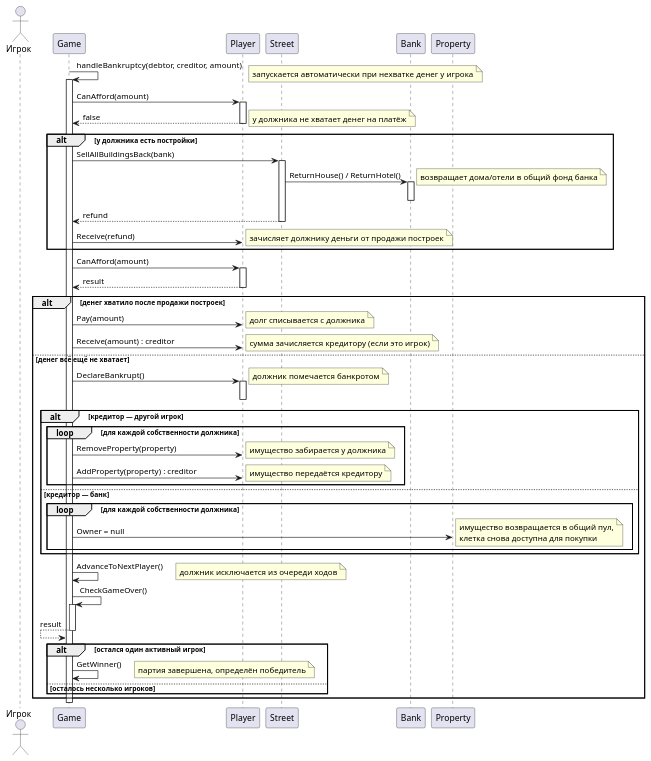
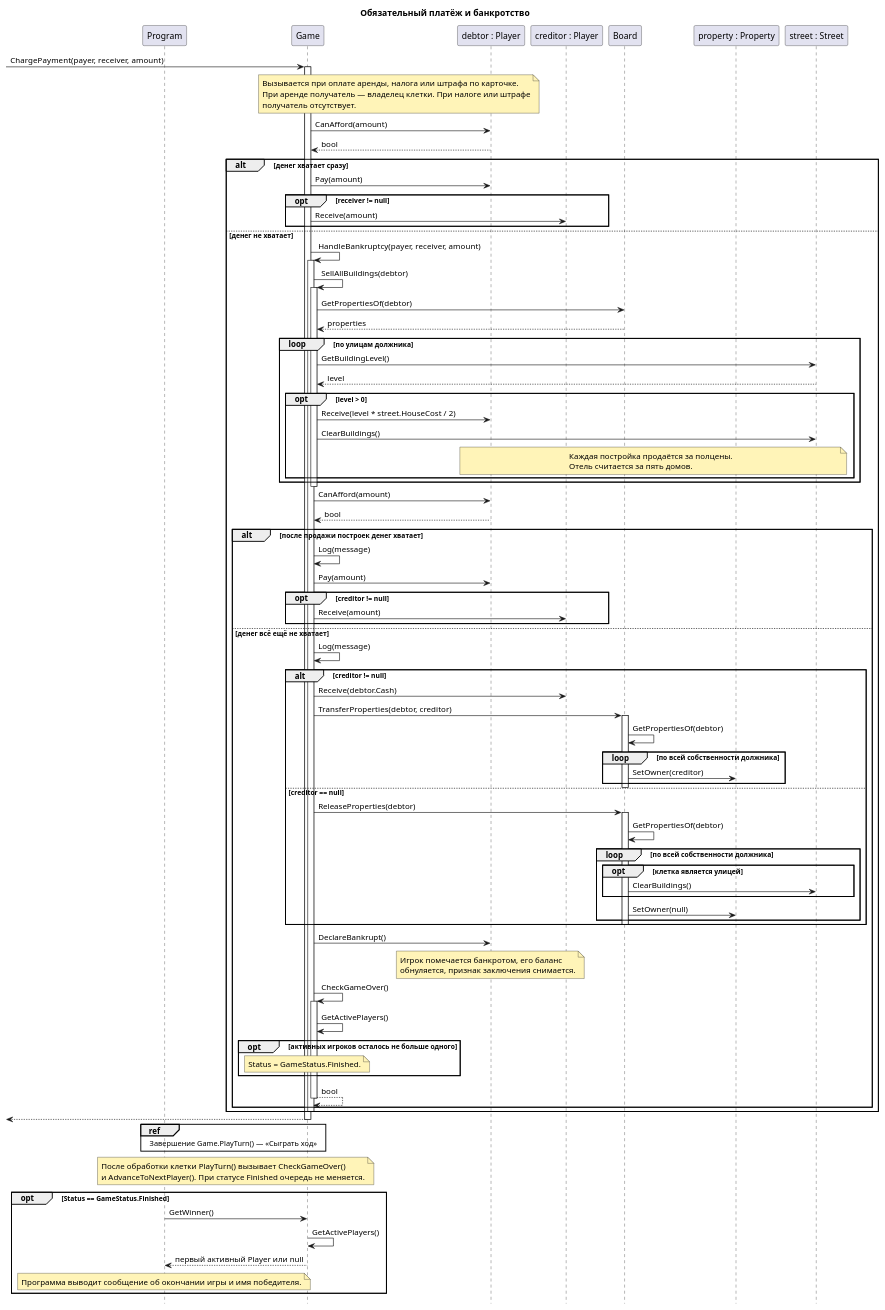
Before and after one commit to penamarth/bsbo-11-24_team4_var14_monopoly: the diagram in прецеденты/Игрок становится банкротом (конец игры)/Диаграмма последовательности Игрок становится банкротом.puml, drawn with PlantUML. The commit also changed 22 other files, not shown here.

Commit message:
переделали агрегаты, puml диаграммы последовательности и подкоректировали описание прецедентов и программы

```diff
--- a/прецеденты/Игрок становится банкротом (конец игры)/Диаграмма последовательности Игрок становится банкротом.puml
+++ b/прецеденты/Игрок становится банкротом (конец игры)/Диаграмма последовательности Игрок становится банкротом.puml
@@ -1,77 +1,114 @@
 @startuml
+title Обязательный платёж и банкротство
+hide footbox
+skinparam noteBackgroundColor #FFF4B8
 
-actor Игрок as debtorTrigger
+participant Program
+participant Game
+participant "debtor : Player" as Debtor
+participant "creditor : Player" as Creditor
+participant Board
+participant "property : Property" as Property
+participant "street : Street" as Street
 
-Game -> Game : handleBankruptcy(debtor, creditor, amount)
-note right: запускается автоматически при нехватке денег у игрока
+[-> Game : ChargePayment(payer, receiver, amount)
 activate Game
+note over Game, Debtor
+  Вызывается при оплате аренды, налога или штрафа по карточке.
+  При аренде получатель — владелец клетки. При налоге или штрафе
+  получатель отсутствует.
+end note
 
-Game -> Player : CanAfford(amount)
-activate Player
-Game <-- Player : false
-note right: у должника не хватает денег на платёж
-deactivate Player
+Game -> Debtor : CanAfford(amount)
+Debtor --> Game : bool
 
-alt у должника есть постройки
-    Game -> Street : SellAllBuildingsBack(bank)
-    activate Street
-    Street -> Bank : ReturnHouse() / ReturnHotel()
-    note right: возвращает дома/отели в общий фонд банка
-    activate Bank
-    deactivate Bank
-    Game <-- Street : refund
-    deactivate Street
-    Game -> Player : Receive(refund)
-    note right: зачисляет должнику деньги от продажи построек
+alt денег хватает сразу
+    Game -> Debtor : Pay(amount)
+    opt receiver != null
+        Game -> Creditor : Receive(amount)
+    end
+else денег не хватает
+    Game -> Game : HandleBankruptcy(payer, receiver, amount)
+    activate Game
+    Game -> Game : SellAllBuildings(debtor)
+    activate Game
+    Game -> Board : GetPropertiesOf(debtor)
+    Board --> Game : properties
+    loop по улицам должника
+        Game -> Street : GetBuildingLevel()
+        Street --> Game : level
+        opt level > 0
+            Game -> Debtor : Receive(level * street.HouseCost / 2)
+            Game -> Street : ClearBuildings()
+            note over Debtor, Street
+              Каждая постройка продаётся за полцены.
+              Отель считается за пять домов.
+            end note
+        end
+    end
+    deactivate Game
+
+    Game -> Debtor : CanAfford(amount)
+    Debtor --> Game : bool
+    alt после продажи построек денег хватает
+        Game -> Game : Log(message)
+        Game -> Debtor : Pay(amount)
+        opt creditor != null
+            Game -> Creditor : Receive(amount)
+        end
+    else денег всё ещё не хватает
+        Game -> Game : Log(message)
+        alt creditor != null
+            Game -> Creditor : Receive(debtor.Cash)
+            Game -> Board : TransferProperties(debtor, creditor)
+            activate Board
+            Board -> Board : GetPropertiesOf(debtor)
+            loop по всей собственности должника
+                Board -> Property : SetOwner(creditor)
+            end
+            deactivate Board
+        else creditor == null
+            Game -> Board : ReleaseProperties(debtor)
+            activate Board
+            Board -> Board : GetPropertiesOf(debtor)
+            loop по всей собственности должника
+                opt клетка является улицей
+                    Board -> Street : ClearBuildings()
+                end
+                Board -> Property : SetOwner(null)
+            end
+            deactivate Board
+        end
+        Game -> Debtor : DeclareBankrupt()
+        note over Debtor
+          Игрок помечается банкротом, его баланс
+          обнуляется, признак заключения снимается.
+        end note
+        Game -> Game : CheckGameOver()
+        activate Game
+        Game -> Game : GetActivePlayers()
+        opt активных игроков осталось не больше одного
+            note over Game : Status = GameStatus.Finished.
+        end
+        Game --> Game : bool
+        deactivate Game
+    end
+    deactivate Game
+end
+[<-- Game
+deactivate Game
+
+ref over Program, Game : Завершение Game.PlayTurn() — «Сыграть ход»
+note over Program, Game
+  После обработки клетки PlayTurn() вызывает CheckGameOver()
+  и AdvanceToNextPlayer(). При статусе Finished очередь не меняется.
+end note
+
+opt Status == GameStatus.Finished
+    Program -> Game : GetWinner()
+    Game -> Game : GetActivePlayers()
+    Game --> Program : первый активный Player или null
+    note over Program : Программа выводит сообщение об окончании игры и имя победителя.
 end
 
-Game -> Player : CanAfford(amount)
-activate Player
-Game <-- Player : result
-deactivate Player
-
-alt денег хватило после продажи построек
-    Game -> Player : Pay(amount)
-    note right: долг списывается с должника
-    Game -> Player : Receive(amount) : creditor
-    note right: сумма зачисляется кредитору (если это игрок)
-
-else денег всё ещё не хватает
-    Game -> Player : DeclareBankrupt()
-    activate Player
-    note right: должник помечается банкротом
-    deactivate Player
-
-    alt кредитор — другой игрок
-        loop для каждой собственности должника
-            Game -> Player : RemoveProperty(property)
-            note right: имущество забирается у должника
-            Game -> Player : AddProperty(property) : creditor
-            note right: имущество передаётся кредитору
-        end
-    else кредитор — банк
-        loop для каждой собственности должника
-            Game -> Property : Owner = null
-            note right: имущество возвращается в общий пул,\nклетка снова доступна для покупки
-        end
-    end
-
-    Game -> Game : AdvanceToNextPlayer()
-    note right: должник исключается из очереди ходов
-
-    Game -> Game : CheckGameOver()
-    activate Game
-    Game <-- Game : result
-    deactivate Game
-
-    alt остался один активный игрок
-        Game -> Game : GetWinner()
-        note right: партия завершена, определён победитель
-    else осталось несколько игроков
-        note right: партия продолжается в обычном режиме
-    end
-end
-
-deactivate Game
-
 @enduml
```
